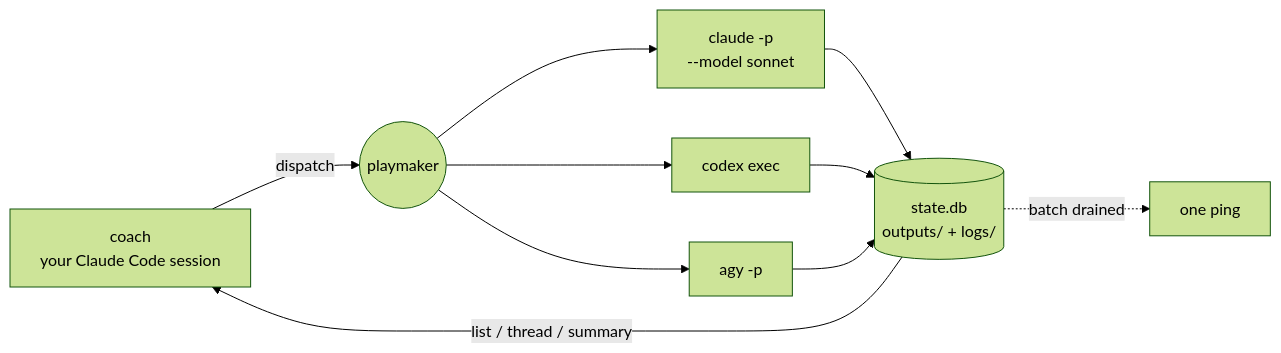
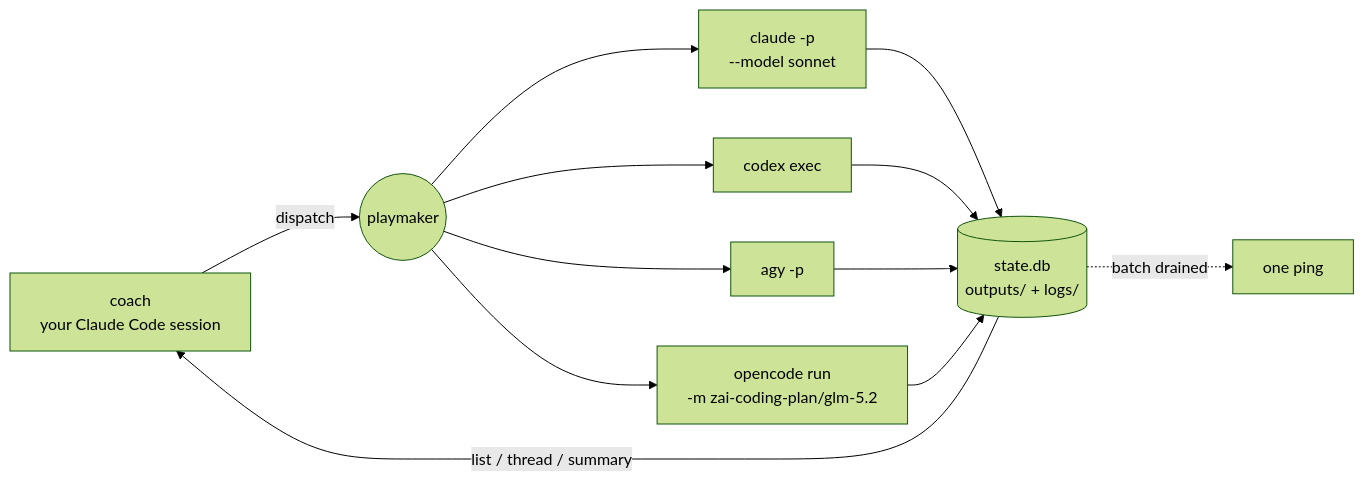
One commit to vladsafedev/playmaker changed the diagram in README.md. Above: the diagram before and after it, drawn with Mermaid (forest theme). The commit also changed other lines of this file and 15 other files, not shown here.

````diff
--- a/README.md
+++ b/README.md
@@ -203,12 +216,14 @@
 ```mermaid
 flowchart LR
     C["coach<br/>your Claude Code session"] -->|dispatch| P(("playmaker"))
     P --> A1["claude -p<br/>--model sonnet"]
     P --> A2["codex exec"]
     P --> A3["agy -p"]
+    P --> A4["opencode run<br/>-m zai-coding-plan/glm-5.2"]
     A1 --> S[("state.db<br/>outputs/ + logs/")]
     A2 --> S
     A3 --> S
+    A4 --> S
     S -->|"list / thread / summary"| C
     S -.->|"batch drained"| N["one ping"]
 ```
````
